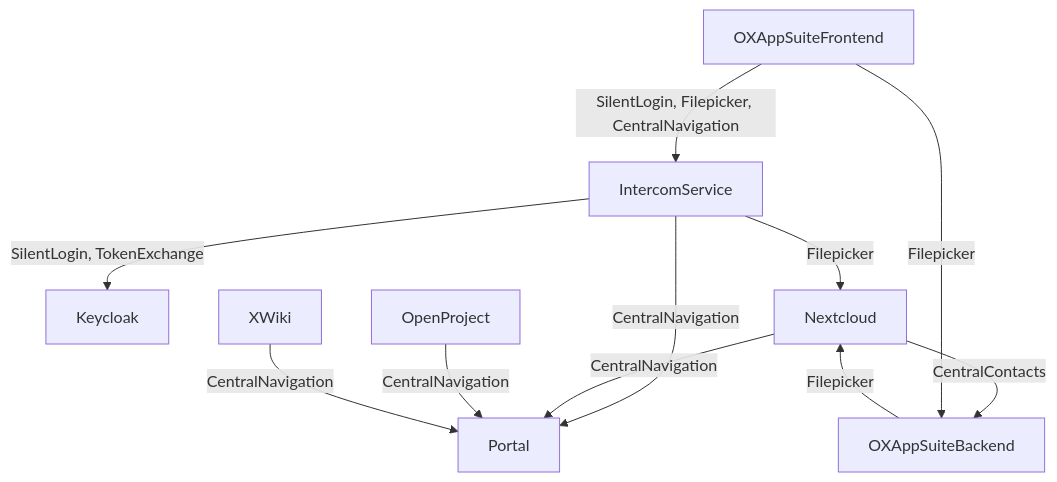
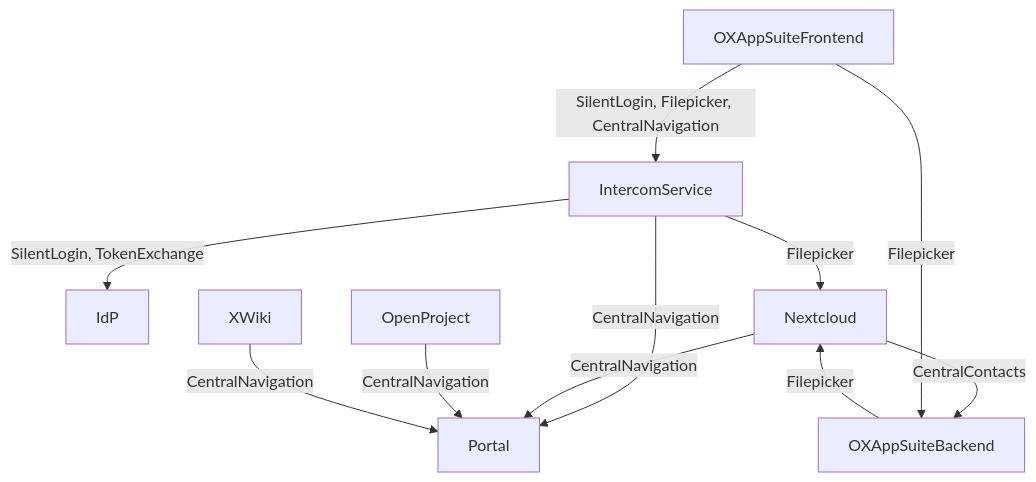
One commit to tobias-weiss-ai-xr/opendesk-edu changed the first of 2 diagrams in docs/components.md. Above: the diagram before and after it, drawn with Mermaid. The commit also changed other lines of this file and 52 other files, not shown here.

````diff
--- a/docs/components.md
+++ b/docs/components.md
@@ -60,13 +58,13 @@
 ```mermaid
 flowchart TD
   OXAppSuiteFrontend-->|SilentLogin, Filepicker, CentralNavigation|IntercomService
-  IntercomService-->|SilentLogin, TokenExchange|Keycloak
+  IntercomService-->|SilentLogin, TokenExchange|IdP
   IntercomService-->|Filepicker|Nextcloud
   IntercomService-->|CentralNavigation|Portal
   OXAppSuiteBackend-->|Filepicker|Nextcloud
   Nextcloud-->|CentralNavigation|Portal
   OpenProject-->|CentralNavigation|Portal
   XWiki-->|CentralNavigation|Portal
   Nextcloud-->|CentralContacts|OXAppSuiteBackend
   OXAppSuiteFrontend-->|Filepicker|OXAppSuiteBackend
 ```
````
